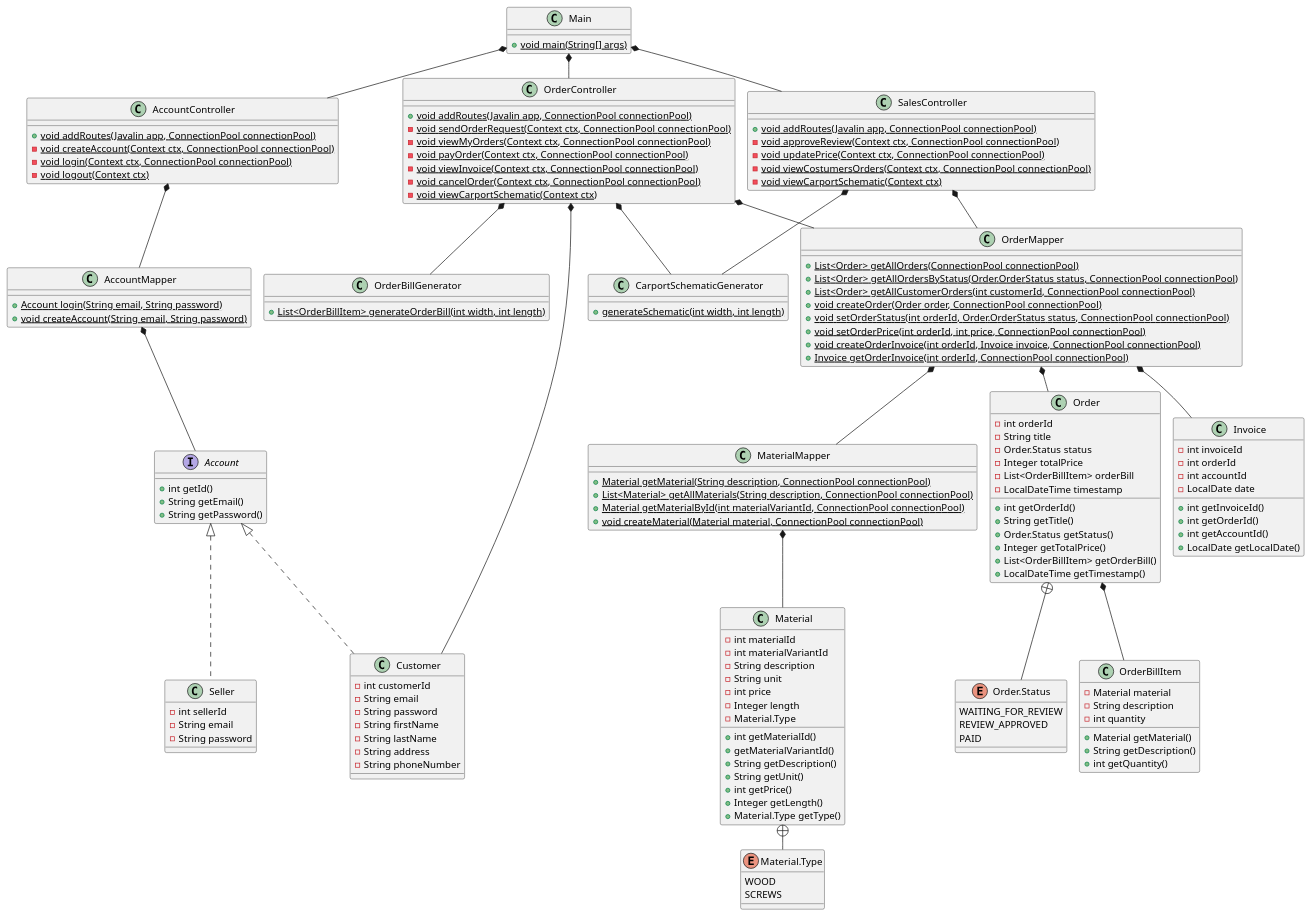
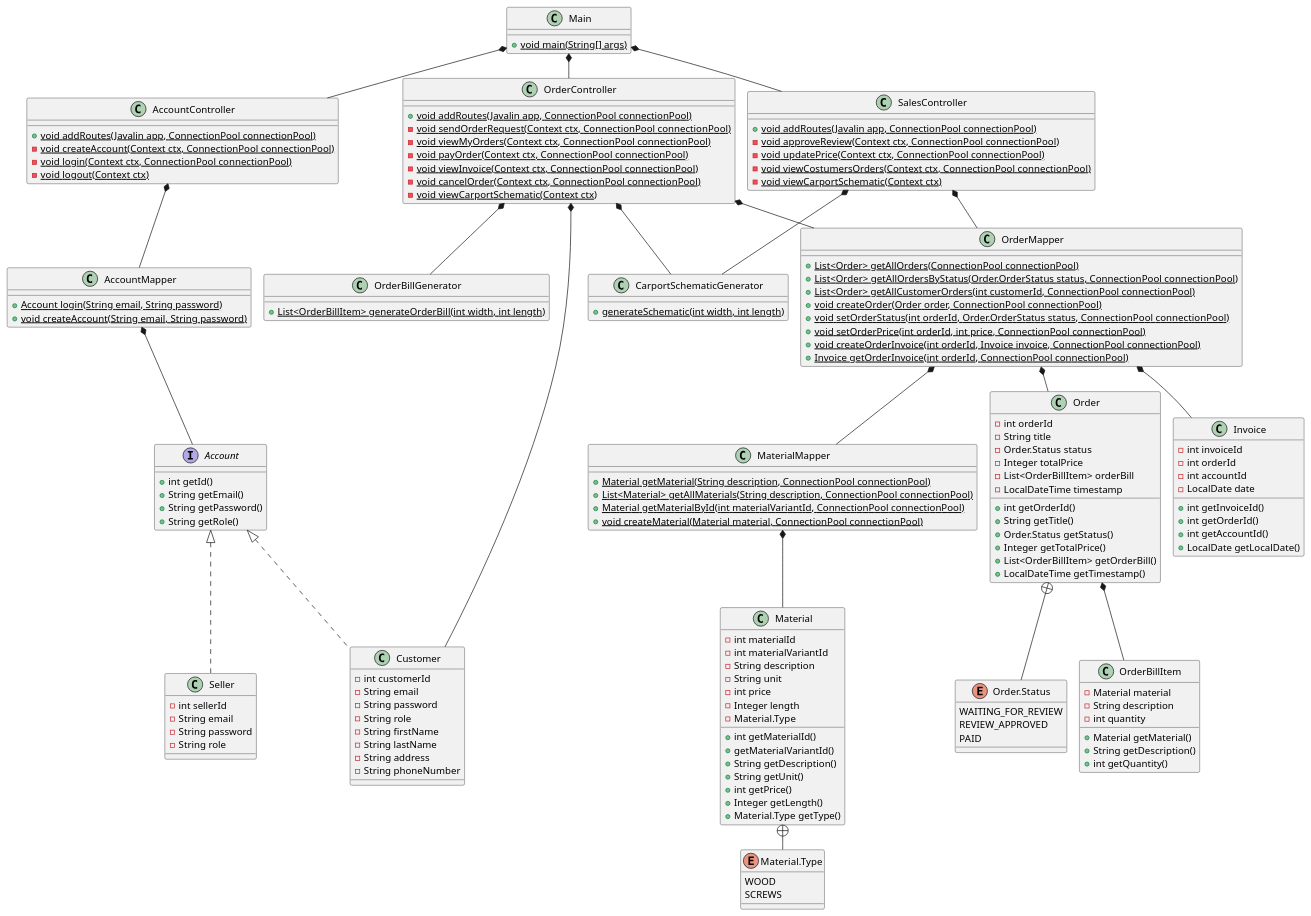
Before and after one commit to Shiihon/Dat2_Carport: the diagram in doc/static/class_diagrams/class_diagram1.puml, drawn with PlantUML. The commit also changed 3 other files, not shown here.

```diff
--- a/doc/static/class_diagrams/class_diagram1.puml
+++ b/doc/static/class_diagrams/class_diagram1.puml
@@ -1,179 +1,182 @@
 @startuml
 'https://plantuml.com/class-diagram
 !pragma layout smetana
 set separator none
 
 class Main {
     + {static} void main(String[] args)
 }
 
 class AccountController {
     + {static} void addRoutes(Javalin app, ConnectionPool connectionPool)
     - {static} void createAccount(Context ctx, ConnectionPool connectionPool)
     - {static} void login(Context ctx, ConnectionPool connectionPool)
     - {static} void logout(Context ctx)
 }
 
 class SalesController {
     + {static} void addRoutes(Javalin app, ConnectionPool connectionPool)
     - {static} void approveReview(Context ctx, ConnectionPool connectionPool)
     - {static} void updatePrice(Context ctx, ConnectionPool connectionPool)
     - {static} void viewCostumersOrders(Context ctx, ConnectionPool connectionPool)
     - {static} void viewCarportSchematic(Context ctx)
 }
 
 class OrderController {
     + {static} void addRoutes(Javalin app, ConnectionPool connectionPool)
     - {static} void sendOrderRequest(Context ctx, ConnectionPool connectionPool)
     - {static} void viewMyOrders(Context ctx, ConnectionPool connectionPool)
     - {static} void payOrder(Context ctx, ConnectionPool connectionPool)
     - {static} void viewInvoice(Context ctx, ConnectionPool connectionPool)
     - {static} void cancelOrder(Context ctx, ConnectionPool connectionPool)
     - {static} void viewCarportSchematic(Context ctx)
 }
 
 class AccountMapper {
     + {static} Account login(String email, String password)
     + {static} void createAccount(String email, String password)
 }
 
 class OrderMapper {
     + {static} List<Order> getAllOrders(ConnectionPool connectionPool)
     + {static} List<Order> getAllOrdersByStatus(Order.OrderStatus status, ConnectionPool connectionPool)
     + {static} List<Order> getAllCustomerOrders(int customerId, ConnectionPool connectionPool)
     + {static} void createOrder(Order order, ConnectionPool connectionPool)
     + {static} void setOrderStatus(int orderId, Order.OrderStatus status, ConnectionPool connectionPool)
     + {static} void setOrderPrice(int orderId, int price, ConnectionPool connectionPool)
     + {static} void createOrderInvoice(int orderId, Invoice invoice, ConnectionPool connectionPool)
     + {static} Invoice getOrderInvoice(int orderId, ConnectionPool connectionPool)
 }
 
 class MaterialMapper {
     + {static} Material getMaterial(String description, ConnectionPool connectionPool)
     + {static} List<Material> getAllMaterials(String description, ConnectionPool connectionPool)
     + {static} Material getMaterialById(int materialVariantId, ConnectionPool connectionPool)
     + {static} void createMaterial(Material material, ConnectionPool connectionPool)
 }
 
 interface Account {
     + int getId()
     + String getEmail()
     + String getPassword()
+    + String getRole()
 }
 
 class Seller implements Account {
     - int sellerId
     - String email
     - String password
+    - String role
 }
 
 class Customer implements Account {
     - int customerId
     - String email
     - String password
+    - String role
     - String firstName
     - String lastName
     - String address
     - String phoneNumber
 }
 
 class CarportSchematicGenerator {
     + {static} generateSchematic(int width, int length)
 }
 
 class OrderBillGenerator {
     + {static} List<OrderBillItem> generateOrderBill(int width, int length)
 }
 
 class Order {
     - int orderId
     - String title
     - Order.Status status
     - Integer totalPrice
     - List<OrderBillItem> orderBill
     - LocalDateTime timestamp
 
     + int getOrderId()
     + String getTitle()
     + Order.Status getStatus()
     + Integer getTotalPrice()
     + List<OrderBillItem> getOrderBill()
     + LocalDateTime getTimestamp()
 }
 
 enum Order.Status {
     WAITING_FOR_REVIEW
     REVIEW_APPROVED
     PAID
 }
 
 class OrderBillItem {
     - Material material
     - String description
     - int quantity
 
     + Material getMaterial()
     + String getDescription()
     + int getQuantity()
 }
 
 class Invoice {
     - int invoiceId
     - int orderId
     - int accountId
     - LocalDate date
 
     + int getInvoiceId()
     + int getOrderId()
     + int getAccountId()
     + LocalDate getLocalDate()
 }
 
 class Material {
     - int materialId
     - int materialVariantId
     - String description
     - String unit
     - int price
     - Integer length
     - Material.Type
 
     + int getMaterialId()
     + getMaterialVariantId()
     + String getDescription()
     + String getUnit()
     + int getPrice()
     + Integer getLength()
     + Material.Type getType()
 }
 
 enum Material.Type {
     WOOD
     SCREWS
 }
 
 Main *-- AccountController
 Main *-- OrderController
 Main *-- SalesController
 
 AccountController *-- AccountMapper
 OrderController *-- OrderMapper
 SalesController *-- OrderMapper
 
 OrderController *-- CarportSchematicGenerator
 OrderController *-- OrderBillGenerator
 OrderController *-- Customer
 SalesController *-- CarportSchematicGenerator
 
 AccountMapper *-- Account
 OrderMapper *-- Order
 OrderMapper *-- Invoice
 OrderMapper *-- MaterialMapper
 MaterialMapper *-- Material
 
 Order *-- OrderBillItem
 Order +-- Order.Status
 
 Material +-- Material.Type
 
 @enduml
```
